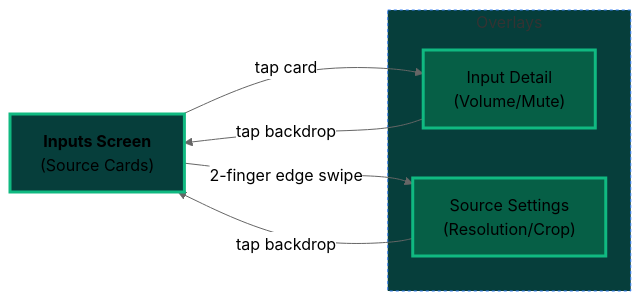
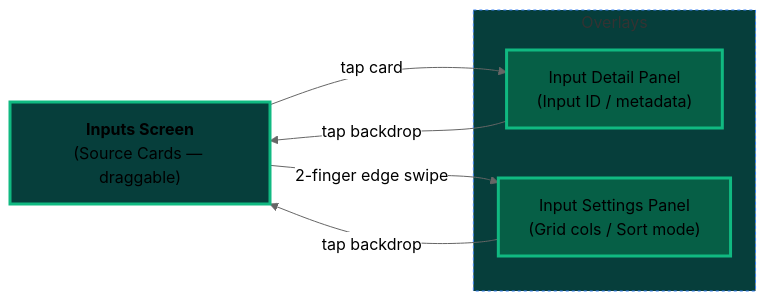
One commit to smelter-labs/smelter-editor changed the third of 4 diagrams in mobile_app/README.md. Above: the diagram before and after it, drawn with Mermaid (neutral theme). The commit also changed other lines of this file and 23 other files, not shown here.

````diff
--- a/mobile_app/README.md
+++ b/mobile_app/README.md
@@ -88,21 +95,21 @@
 ```mermaid
 %%{init: {'flowchart': {'curve': 'basis'}} }%%
 flowchart LR
-    Main["<b>Inputs Screen</b><br/>(Source Cards)"]
+    Main["<b>Inputs Screen</b><br/>(Source Cards — draggable)"]
 
-    subgraph Modals ["Overlays"]
-        Panel["Input Detail<br/>(Volume/Mute)"]
-        Settings["Source Settings<br/>(Resolution/Crop)"]
+    subgraph Overlays ["Overlays"]
+        Panel["Input Detail Panel<br/>(Input ID / metadata)"]
+        Settings["Input Settings Panel<br/>(Grid cols / Sort mode)"]
     end
 
     Main -->|"tap card"| Panel
     Panel -->|"tap backdrop"| Main
 
     Main -->|"2-finger edge swipe"| Settings
     Settings -->|"tap backdrop"| Main
 
     style Main fill:#063E3B,stroke:#10B981,stroke-width:3px
     style Panel fill:#065F46,stroke:#10B981,stroke-width:3px
     style Settings fill:#065F46,stroke:#10B981,stroke-width:3px
-    style Modals fill:#063E3B,stroke:#3b82f6,stroke-dasharray: 3 3
+    style Overlays fill:#063E3B,stroke:#3b82f6,stroke-dasharray: 3 3
 ```
````
